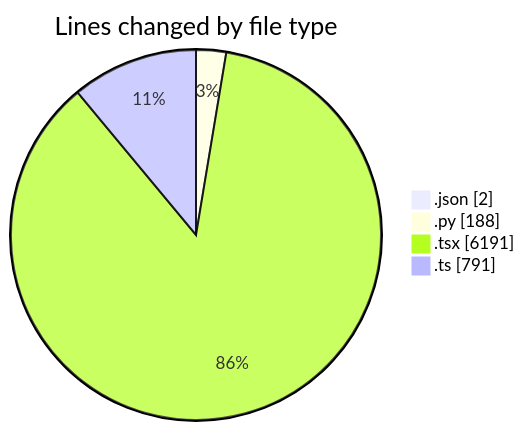
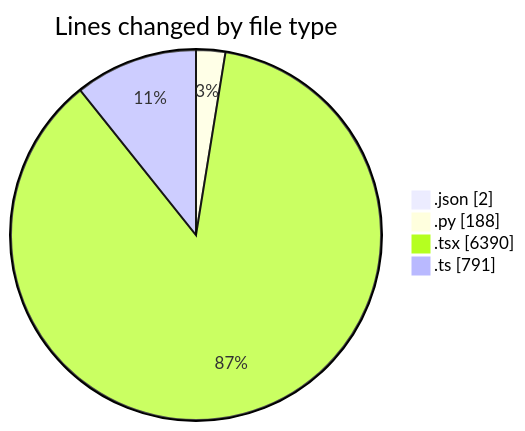
One commit to julien-gomy/code-tracking changed the first of 2 diagrams in 2025-10-06/eventscop-frontend-guide__workspace_/README.md. Above: the diagram before and after it, drawn with Mermaid. The commit also changed other lines of this file and 1 other file, not shown here.

````diff
--- a/2025-10-06/eventscop-frontend-guide__workspace_/README.md
+++ b/2025-10-06/eventscop-frontend-guide__workspace_/README.md
@@ -58,8 +59,8 @@
 ```mermaid
 pie showData
 title Lines changed by file type
 ".json" : 2
 ".py" : 188
-".tsx" : 6191
+".tsx" : 6390
 ".ts" : 791
 ```
````
